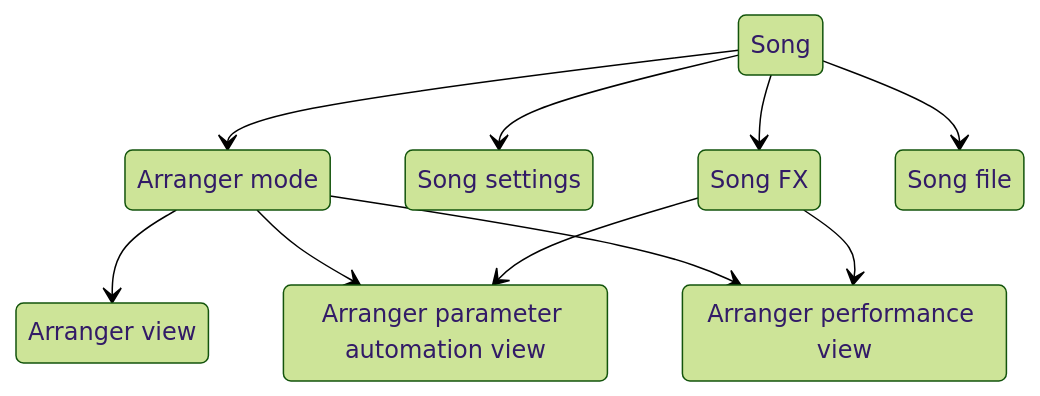
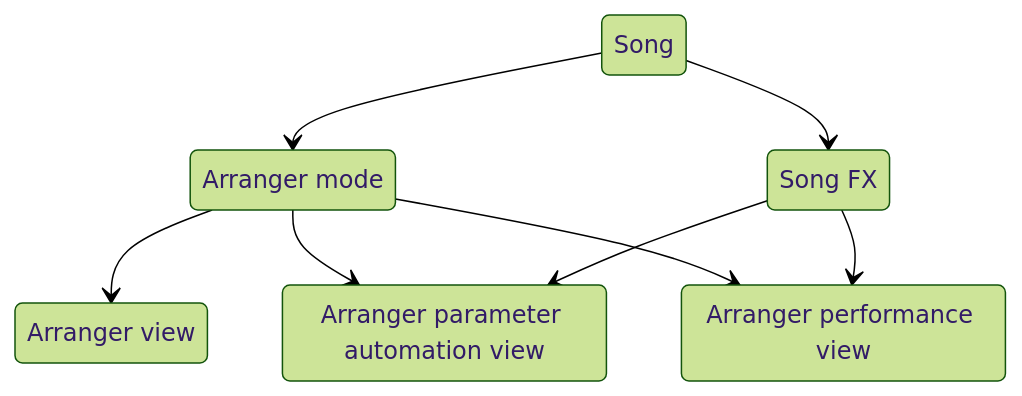
The tenth of 16 diagrams in website/src/content/docs/manual/introduction/concepts.mdx (SynthstromAudible/DelugeFirmware), drawn with Mermaid (forest theme) before and after one commit. The commit also changed other lines of this file and 1 other file, not shown here.

````diff
--- a/website/src/content/docs/manual/introduction/concepts.mdx
+++ b/website/src/content/docs/manual/introduction/concepts.mdx
@@ -329,20 +324,16 @@
 ```mermaid
 stateDiagram-v2
   Song --> ArrangerMode
   ArrangerMode --> ArrangerView
   ArrangerMode --> ArrangerAutomationView
   ArrangerMode --> ArrangerPerformanceView
-  Song --> SongSettings
   Song --> SongFX
   SongFX --> ArrangerAutomationView
   SongFX --> ArrangerPerformanceView
-  Song --> SongFile
 
-  SongSettings: Song settings
   SongFX: Song FX
-  SongFile: Song file
   ArrangerMode: Arranger mode
   ArrangerView: Arranger view
   ArrangerAutomationView: Arranger parameter automation view
   ArrangerPerformanceView: Arranger performance view
 ```
````
